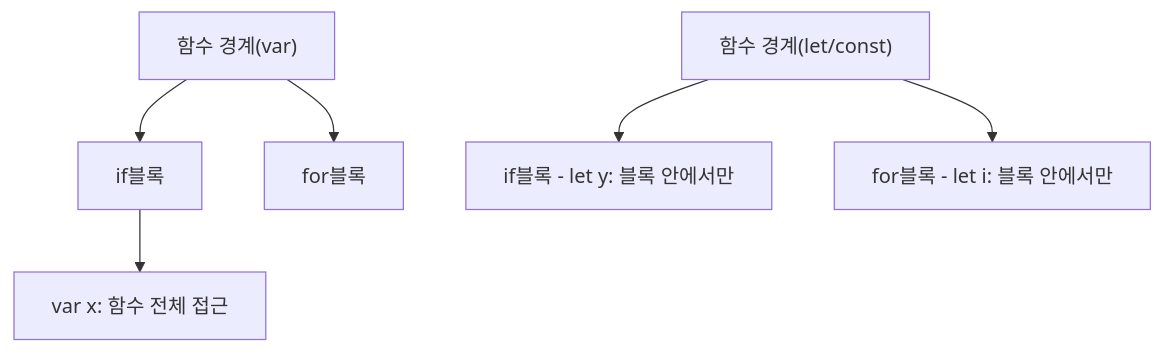
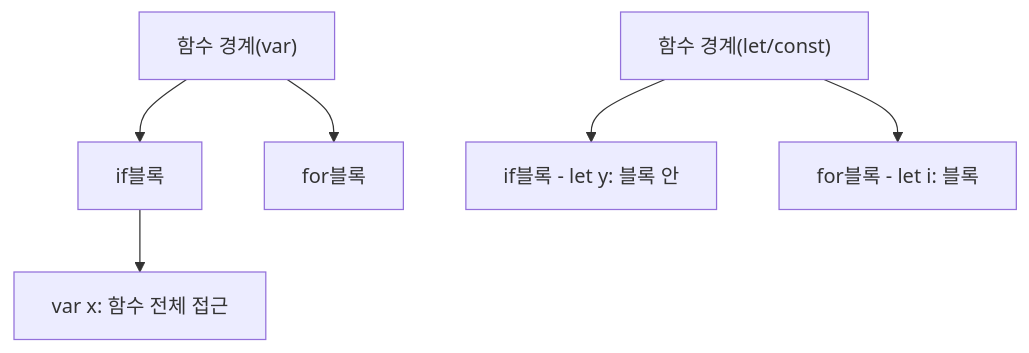
The second of 9 diagrams in _posts/frontend/2026-05-02-js-var-let-const.md (yjkim2015/yjkim2015.github.io), drawn with Mermaid before and after one commit. The commit also changed other lines of this file and 271 other files, not shown here.

First line of the commit message:
Mermaid 라벨 축소: 긴 노드 텍스트 18자 이하로 트림 + \n 제거

````diff
--- a/_posts/frontend/2026-05-02-js-var-let-const.md
+++ b/_posts/frontend/2026-05-02-js-var-let-const.md
@@ -85,7 +85,7 @@
 ```mermaid
 graph TD
     F["함수 경계(var)"] --> IF1["if블록"] --> VARX["var x: 함수 전체 접근"]
     F --> FOR["for블록"]
-    F2["함수 경계(let/const)"] --> IF3["if블록 - let y: 블록 안에서만"]
-    F2 --> FOR2["for블록 - let i: 블록 안에서만"]
+    F2["함수 경계(let/const)"] --> IF3["if블록 - let y: 블록 안"]
+    F2 --> FOR2["for블록 - let i: 블록"]
 ```
````
